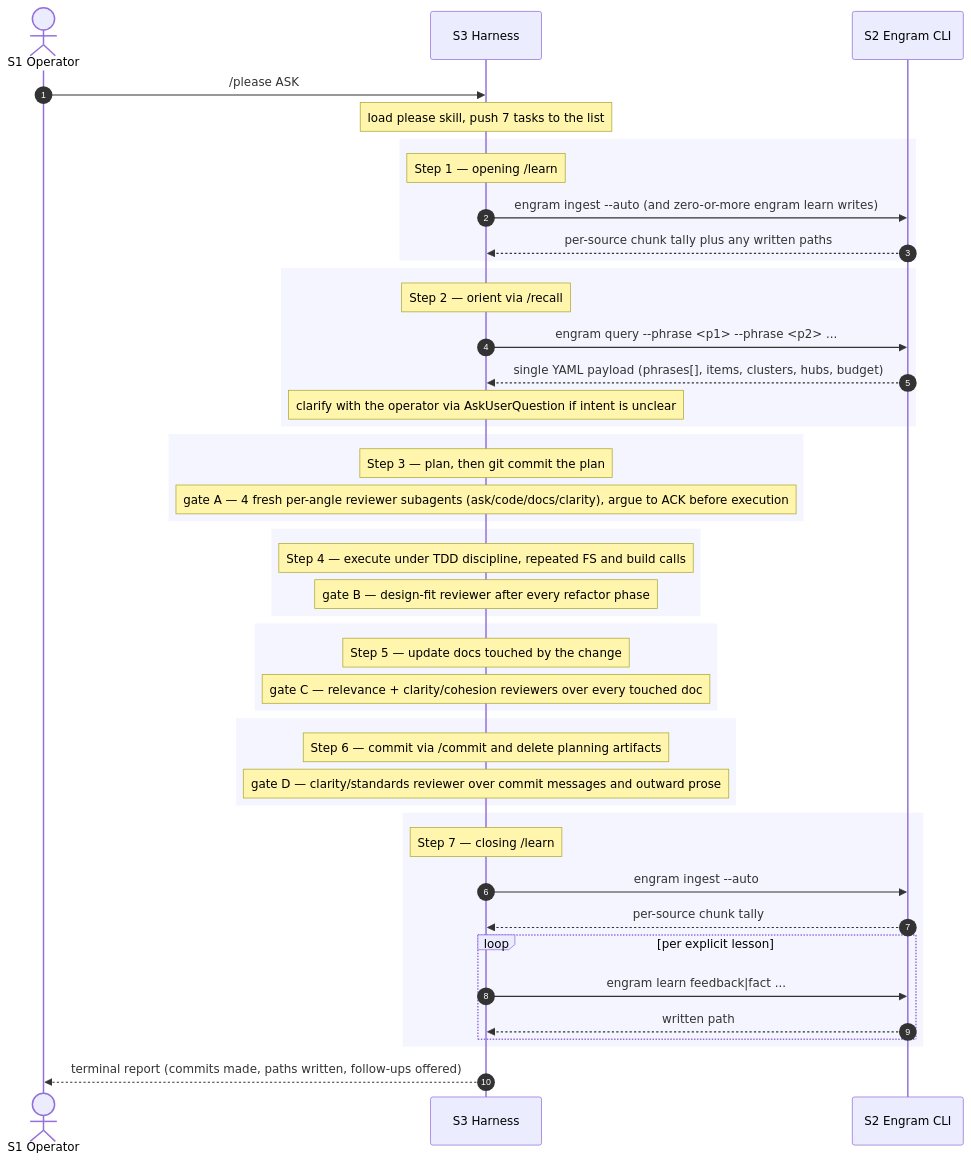
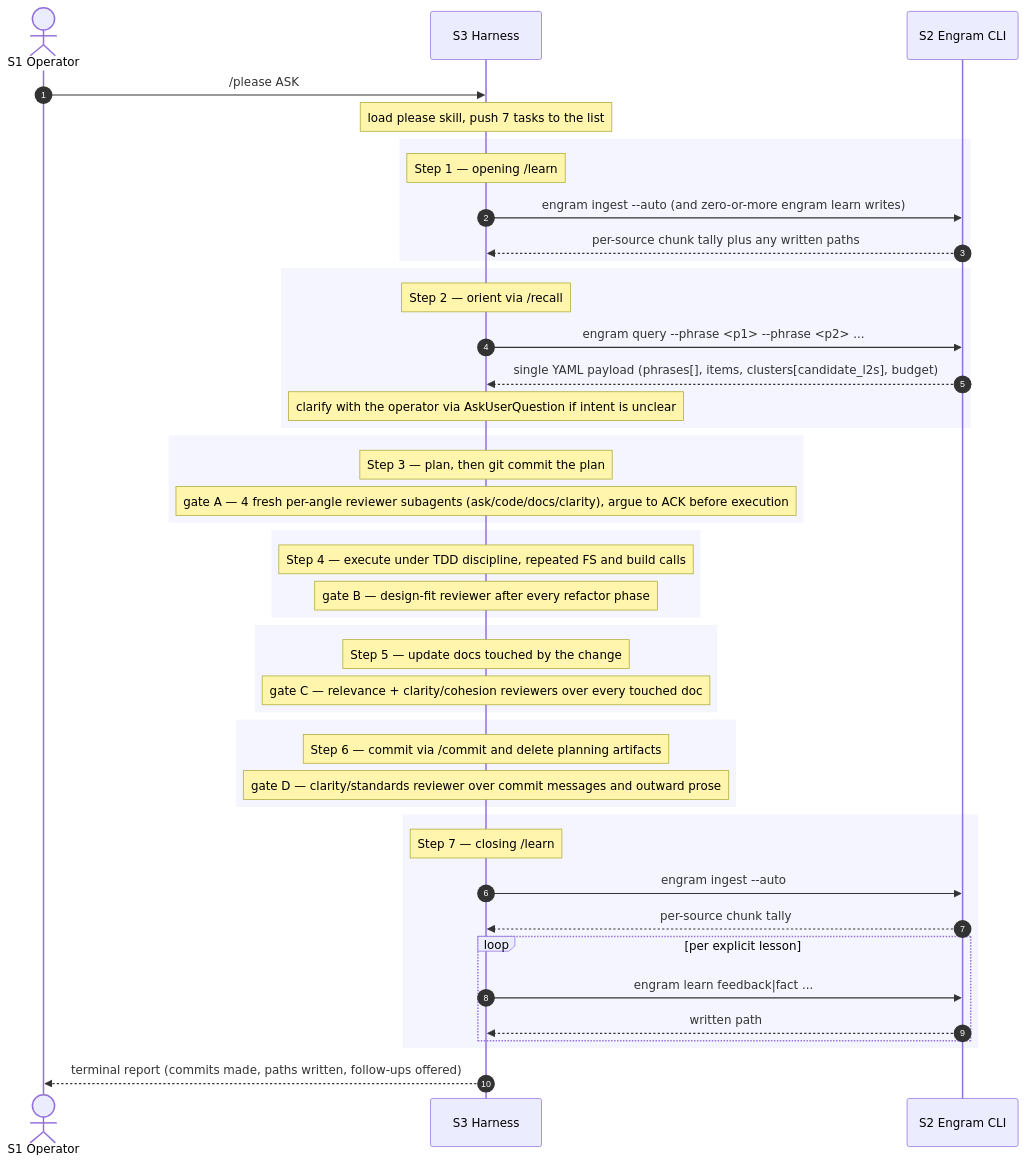
Before and after one commit to toejough/engram: the fourth of 7 diagrams in docs/architecture/c1-system-context.md, drawn with Mermaid. The commit also changed other lines of this file and 5 other files, not shown here.

````diff
--- a/docs/architecture/c1-system-context.md
+++ b/docs/architecture/c1-system-context.md
@@ -234,55 +233,55 @@
 ```mermaid
 sequenceDiagram
     autonumber
     actor Op as S1 Operator
     participant H as S3 Harness
     participant E as S2 Engram CLI
 
     Op->>H: /please ASK
     Note over H: load please skill, push 7 tasks to the list
 
     rect rgb(245,245,255)
         Note over H: Step 1 — opening /learn
         H->>E: engram ingest --auto (and zero-or-more engram learn writes)
         E-->>H: per-source chunk tally plus any written paths
     end
 
     rect rgb(245,245,255)
         Note over H: Step 2 — orient via /recall
         H->>E: engram query --phrase <p1> --phrase <p2> ...
-        E-->>H: single YAML payload (phrases[], items, clusters, hubs, budget)
+        E-->>H: single YAML payload (phrases[], items, clusters[candidate_l2s], budget)
         Note over H: clarify with the operator via AskUserQuestion if intent is unclear
     end
 
     rect rgb(245,245,255)
         Note over H: Step 3 — plan, then git commit the plan
         Note over H: gate A — 4 fresh per-angle reviewer subagents (ask/code/docs/clarity), argue to ACK before execution
     end
 
     rect rgb(245,245,255)
         Note over H: Step 4 — execute under TDD discipline, repeated FS and build calls
         Note over H: gate B — design-fit reviewer after every refactor phase
     end
 
     rect rgb(245,245,255)
         Note over H: Step 5 — update docs touched by the change
         Note over H: gate C — relevance + clarity/cohesion reviewers over every touched doc
     end
 
     rect rgb(245,245,255)
         Note over H: Step 6 — commit via /commit and delete planning artifacts
         Note over H: gate D — clarity/standards reviewer over commit messages and outward prose
     end
 
     rect rgb(245,245,255)
         Note over H: Step 7 — closing /learn
         H->>E: engram ingest --auto
         E-->>H: per-source chunk tally
         loop per explicit lesson
             H->>E: engram learn feedback|fact ...
             E-->>H: written path
         end
     end
 
     H-->>Op: terminal report (commits made, paths written, follow-ups offered)
 ```
````
